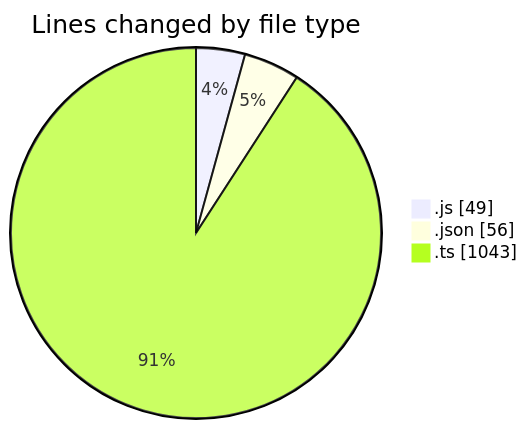
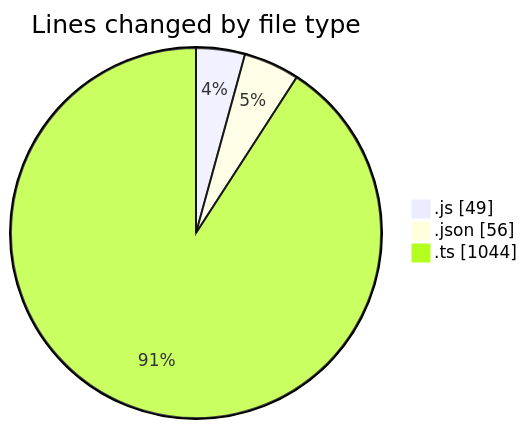
The first of 2 diagrams in 2025-09-04/cda/README.md (momahboobian/code-tracking), drawn with Mermaid before and after one commit. The commit also changed other lines of this file and 1 other file, not shown here.

````diff
--- a/2025-09-04/cda/README.md
+++ b/2025-09-04/cda/README.md
@@ -23,7 +23,7 @@
 ```mermaid
 pie showData
 title Lines changed by file type
 ".js" : 49
 ".json" : 56
-".ts" : 1043
+".ts" : 1044
 ```
````
